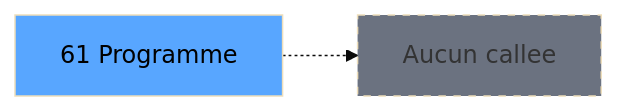
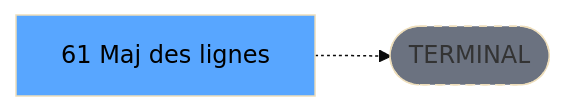
Before and after one commit to thonyAGP/lecteur-magic: the third of 3 diagrams in .openspec/renders/ADH-IDE-61.md, drawn with Mermaid (base theme). The commit also changed other lines of this file and 701 other files, not shown here.

````diff
--- a/.openspec/renders/ADH-IDE-61.md
+++ b/.openspec/renders/ADH-IDE-61.md
@@ -152,8 +137,8 @@
 ```mermaid
 graph LR
-    T[61 Programme]
-    NONE[Aucun callee]
-    T -.-> NONE
+    T[61 Maj des lignes ]
+    TERM([TERMINAL])
+    T -.-> TERM
+    style TERM fill:#6b7280,stroke-dasharray: 5 5
     style T fill:#58a6ff,color:#000
-    style NONE fill:#6b7280,stroke-dasharray: 5 5
 ```
````
